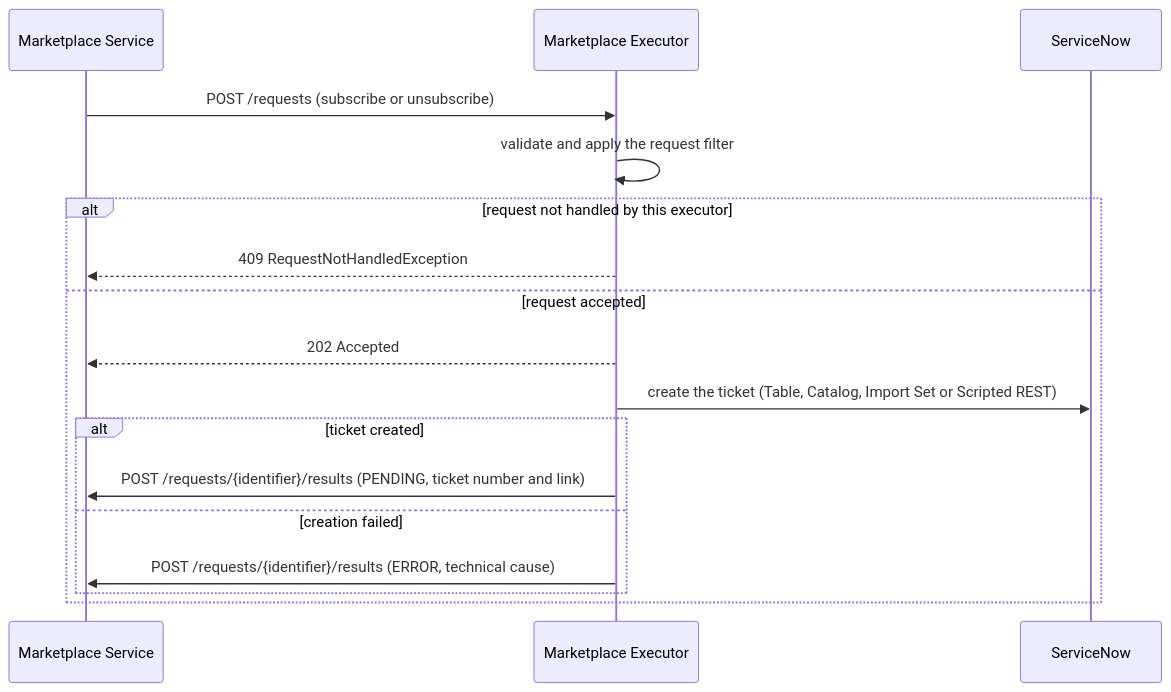
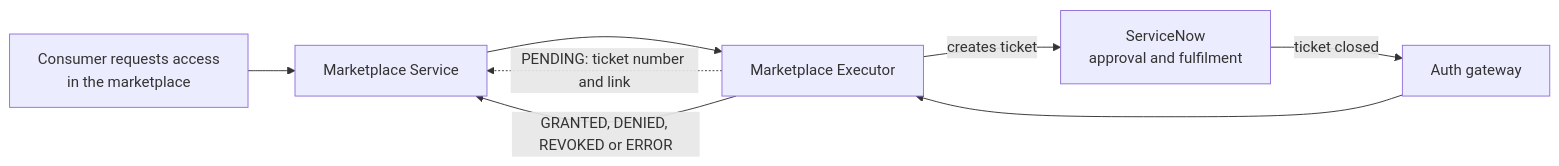
The diagram in README.md (opendatamesh-initiative/odm-platform-adapter-marketplace-executor-servicenow), drawn with Mermaid before and after one commit. The commit also changed other lines of this file and 12 other files, not shown here.

Commit message:
docs: update README and add API reference, concepts, configuration, message templates, provisioning, and ServiceNow setup documentation

````diff
--- a/README.md
+++ b/README.md
@@ -44,19 +24,10 @@
 ```mermaid
-sequenceDiagram
-  participant M as Marketplace Service
-  participant E as Marketplace Executor
-  participant SN as ServiceNow
-  M->>E: POST /requests (subscribe or unsubscribe)
-  E->>E: validate and apply the request filter
-  alt request not handled by this executor
-    E-->>M: 409 RequestNotHandledException
-  else request accepted
-    E-->>M: 202 Accepted
-    E->>SN: create the ticket (Table, Catalog, Import Set or Scripted REST)
-    alt ticket created
-      E->>M: POST /requests/{identifier}/results (PENDING, ticket number and link)
-    else creation failed
-      E->>M: POST /requests/{identifier}/results (ERROR, technical cause)
-    end
-  end
+flowchart LR
+  U[Consumer requests access<br/>in the marketplace] --> M[Marketplace Service]
+  M --> E[Marketplace Executor]
+  E -->|creates ticket| SN[ServiceNow<br/>approval and fulfilment]
+  E -.->|PENDING: ticket number and link| M
+  SN -->|ticket closed| A[Auth gateway]
+  A --> E
+  E -->|GRANTED, DENIED, REVOKED or ERROR| M
 ```
````
